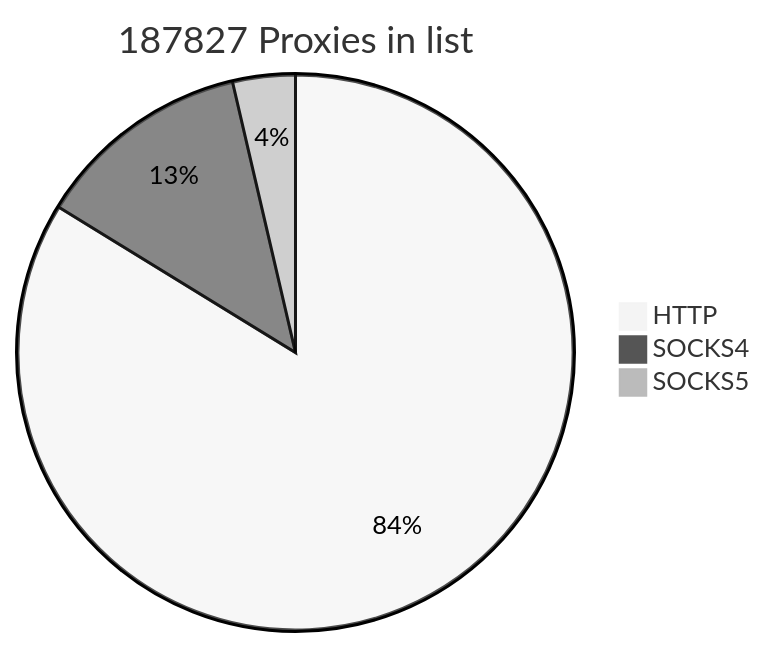
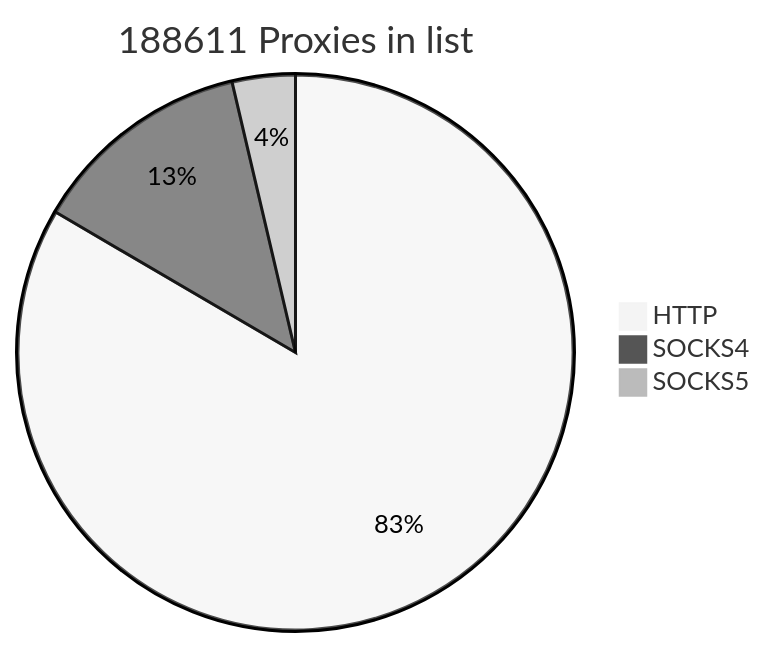
One commit to cutipu/proxylist changed the first of 2 diagrams in README.md. Above: the diagram before and after it, drawn with Mermaid (neutral theme). The commit also changed other lines of this file, not shown here.

````diff
--- a/README.md
+++ b/README.md
@@ -2,7 +2,7 @@
 ```mermaid
-pie title 187827 Proxies in list
-    "HTTP" : 157329
-    "SOCKS4" : 23662
-    "SOCKS5" : 6836
+pie title 188611 Proxies in list
+    "HTTP" : 157358
+    "SOCKS4" : 24337
+    "SOCKS5" : 6916
             
 ```
````
